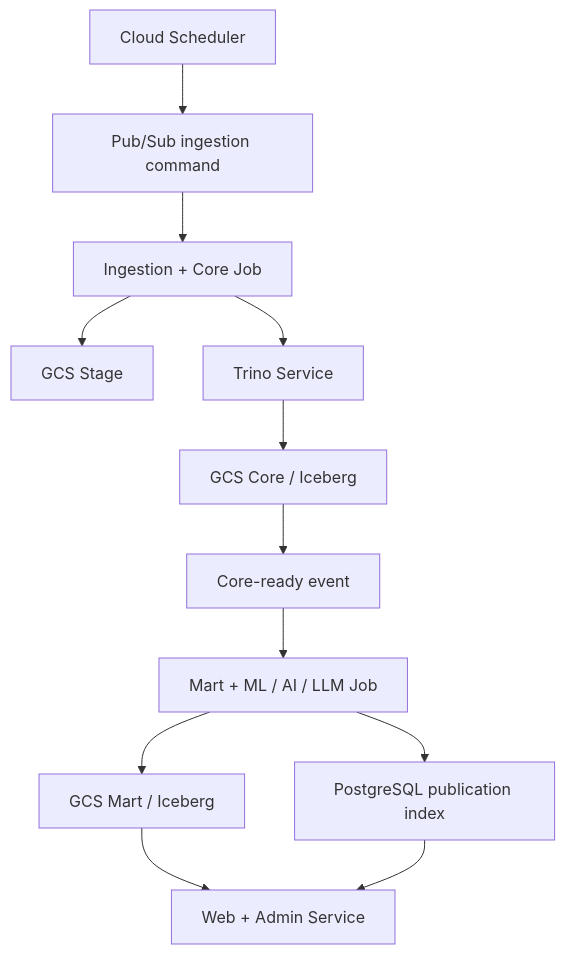
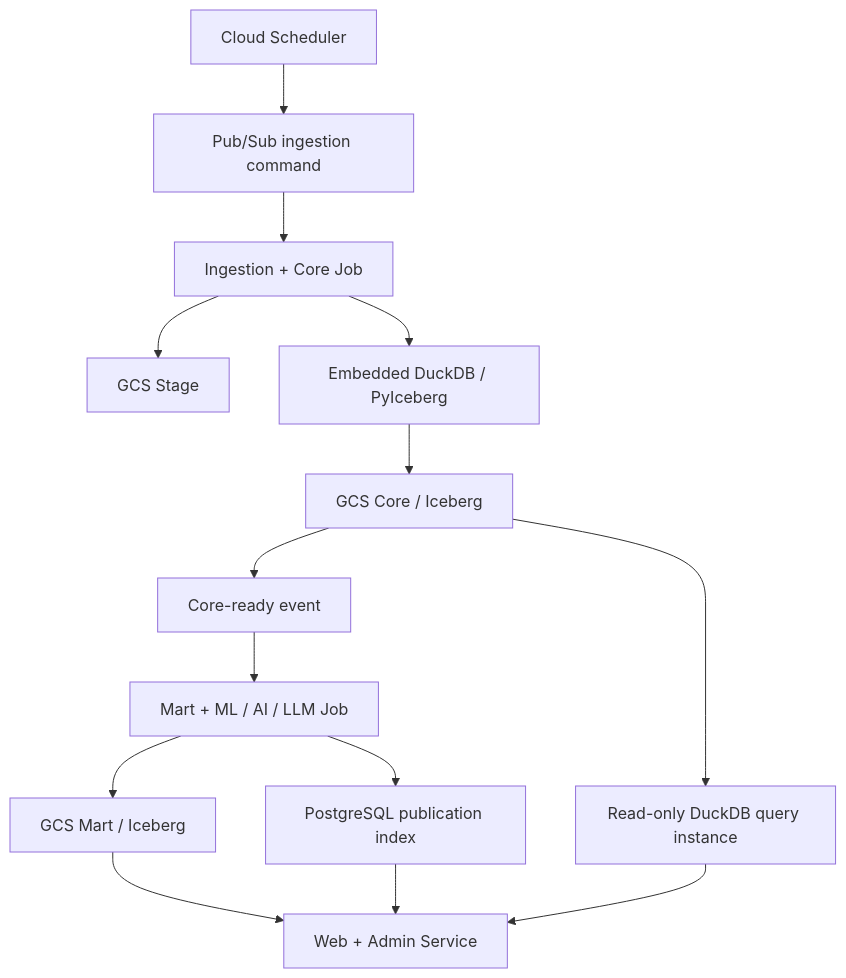
One commit to tommylin15/janus-omniforge changed the diagram in doc/spec.md. Above: the diagram before and after it, drawn with Mermaid. The commit also changed other lines of this file and 84 other files, not shown here.

````diff
--- a/doc/spec.md
+++ b/doc/spec.md
@@ -59,14 +60,16 @@
 ```mermaid
 flowchart TD
     A["Cloud Scheduler"] --> B["Pub/Sub ingestion command"]
     B --> C["Ingestion + Core Job"]
     C --> D["GCS Stage"]
-    C --> E["Trino Service"]
+    C --> E["Embedded DuckDB / PyIceberg"]
     E --> F["GCS Core / Iceberg"]
     F --> G["Core-ready event"]
     G --> H["Mart + ML / AI / LLM Job"]
     H --> I["GCS Mart / Iceberg"]
     H --> J["PostgreSQL publication index"]
     I --> K["Web + Admin Service"]
     J --> K
+    F --> L["Read-only DuckDB query instance"]
+    L --> K
 ```
````
